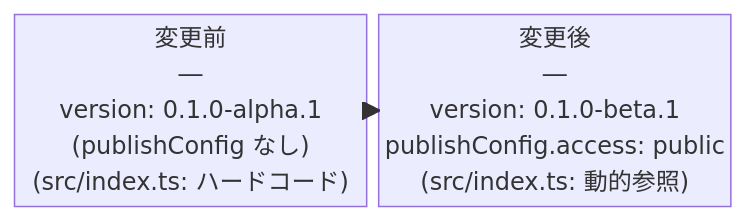
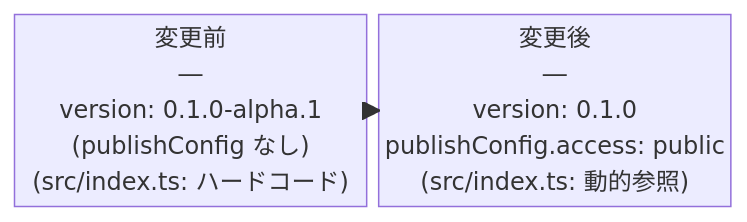
One commit to tubone24/mspec changed the third of 3 diagrams in changes/archive/2026-05-18-094602-npm-publish-v0-1-beta/architecture-overview.md. Above: the diagram before and after it, drawn with Mermaid. The commit also changed other lines of this file and 22 other files, not shown here.

````diff
--- a/changes/archive/2026-05-18-094602-npm-publish-v0-1-beta/architecture-overview.md
+++ b/changes/archive/2026-05-18-094602-npm-publish-v0-1-beta/architecture-overview.md
@@ -67,7 +67,7 @@
 ```mermaid
 block-beta
     columns 2
     A["変更前\n―\nversion: 0.1.0-alpha.1\n(publishConfig なし)\n(src/index.ts: ハードコード)"]
-    B["変更後\n―\nversion: 0.1.0-beta.1\npublishConfig.access: public\n(src/index.ts: 動的参照)"]
+    B["変更後\n―\nversion: 0.1.0\npublishConfig.access: public\n(src/index.ts: 動的参照)"]
     A --> B
 ```
````
